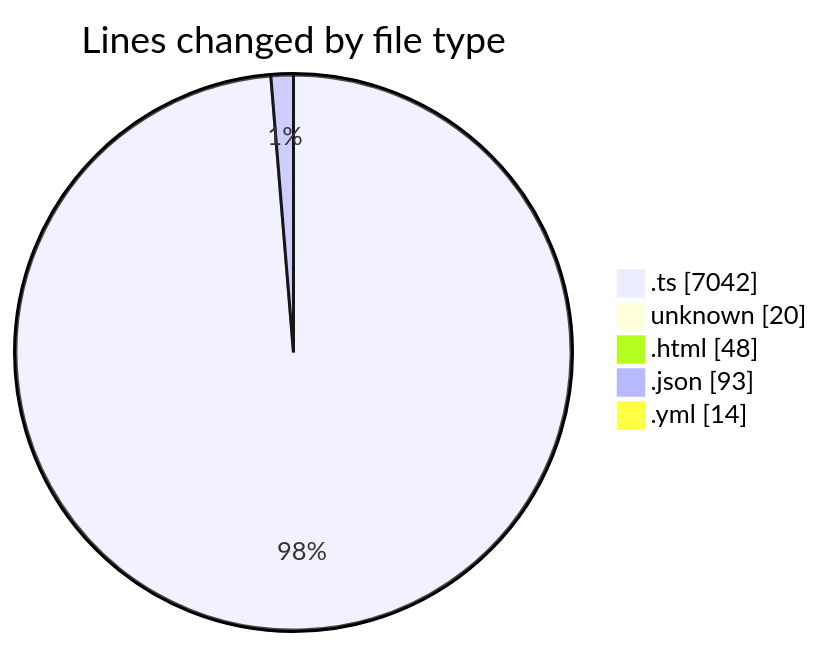
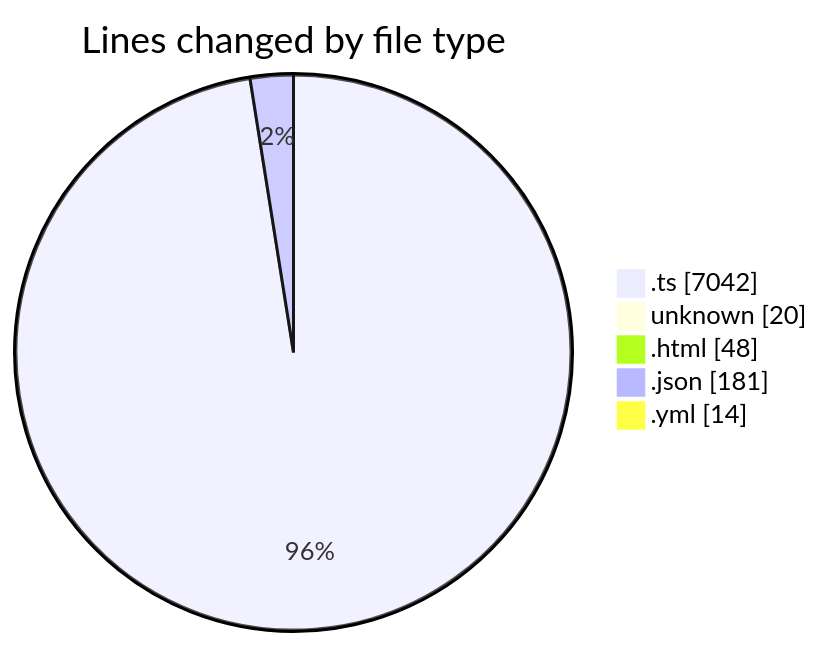
Before and after one commit to tmsrecording-cyber/code-tracking: the first of 2 diagrams in 2026-02-06/singularitybrainai/README.md, drawn with Mermaid. The commit also changed other lines of this file and 1 other file, not shown here.

````diff
--- a/2026-02-06/singularitybrainai/README.md
+++ b/2026-02-06/singularitybrainai/README.md
@@ -35,9 +35,9 @@
 ```mermaid
 pie showData
 title Lines changed by file type
 ".ts" : 7042
 "unknown" : 20
 ".html" : 48
-".json" : 93
+".json" : 181
 ".yml" : 14
 ```
````
